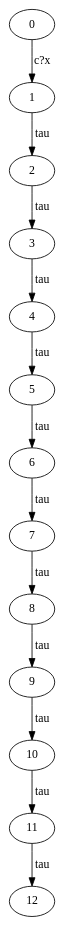
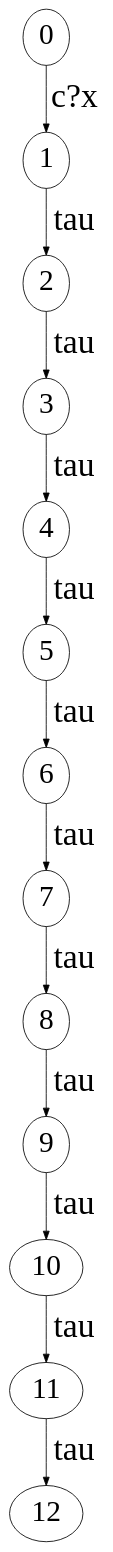
Before and after one commit to MartianQXD/QBisim: the diagram in parse_output/concrete3-2.gv, drawn with Graphviz. The commit also changed 102 other files, not shown here.

```diff
--- a/parse_output/concrete3-2.gv
+++ b/parse_output/concrete3-2.gv
@@ -1,15 +1,17 @@
 // The qLTS Spec
 digraph {
+	node [fontsize=35]
+	edge [fontsize=40]
 	0 -> 1 [label="c?x"]
 	1 -> 2 [label=tau]
 	2 -> 3 [label=tau]
 	3 -> 4 [label=tau]
 	4 -> 5 [label=tau]
 	5 -> 6 [label=tau]
 	6 -> 7 [label=tau]
 	7 -> 8 [label=tau]
 	8 -> 9 [label=tau]
 	9 -> 10 [label=tau]
 	10 -> 11 [label=tau]
 	11 -> 12 [label=tau]
 }
```
